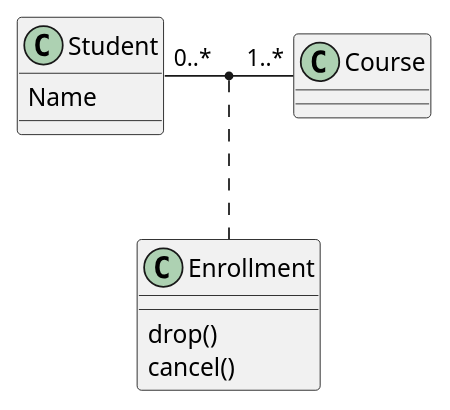
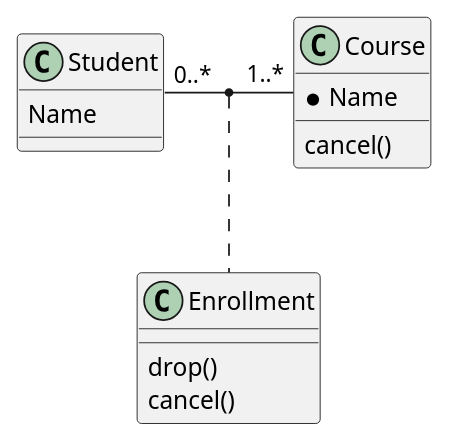
Before and after one commit to GiovaniPM/DMNTests: the diagram in PlantUML/class3.pu, drawn with PlantUML.

Commit message:
giova(DESKTOP-PG18CKU) 210128181835

```diff
--- a/PlantUML/class3.pu
+++ b/PlantUML/class3.pu
@@ -1,11 +1,18 @@
+@startuml
 class Student {
   Name
 }
-Student "0..*" - "1..*" Course
-(Student, Course) .. Enrollment
+
+class Course{
+  *Name
+  cancel()
+}
 
 class Enrollment {
   drop()
   cancel()
 }
+
+Student "0..*" - "1..*" Course
+(Student, Course) .. Enrollment
 @enduml
```
